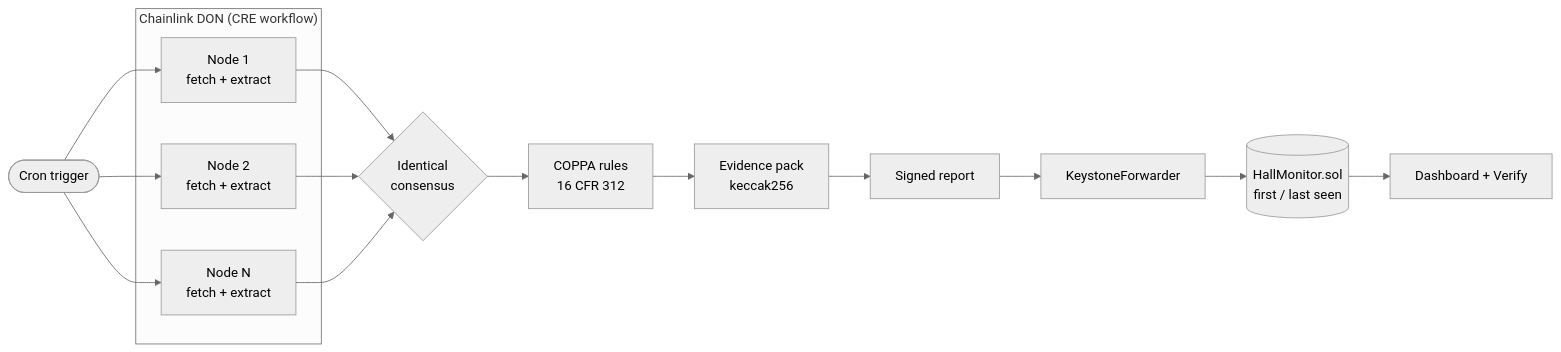
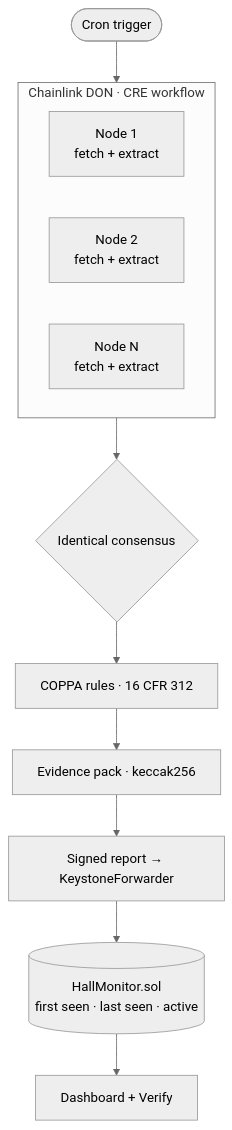
Before and after one commit to codeswithroh/hall-monitor: the diagram in README.md, drawn with Mermaid (neutral theme).

Commit message:
README: top-down architecture diagram

````diff
--- a/README.md
+++ b/README.md
@@ -139,16 +139,16 @@
 ```mermaid
-flowchart LR
-    T([Cron trigger]) --> N1 & N2 & N3
-    subgraph DON["Chainlink DON (CRE workflow)"]
+flowchart TD
+    T([Cron trigger]) --> DON
+    subgraph DON["Chainlink DON · CRE workflow"]
+        direction LR
         N1[Node 1<br/>fetch + extract]
         N2[Node 2<br/>fetch + extract]
         N3[Node N<br/>fetch + extract]
     end
-    N1 & N2 & N3 --> C{Identical<br/>consensus}
-    C --> M[COPPA rules<br/>16 CFR 312]
-    M --> P[Evidence pack<br/>keccak256]
-    P --> R[Signed report]
-    R --> F[KeystoneForwarder]
-    F --> H[(HallMonitor.sol<br/>first / last seen)]
+    DON --> C{Identical consensus}
+    C --> M[COPPA rules · 16 CFR 312]
+    M --> P[Evidence pack · keccak256]
+    P --> R[Signed report → KeystoneForwarder]
+    R --> H[(HallMonitor.sol<br/>first seen · last seen · active)]
     H --> D[Dashboard + Verify]
 ```
````
